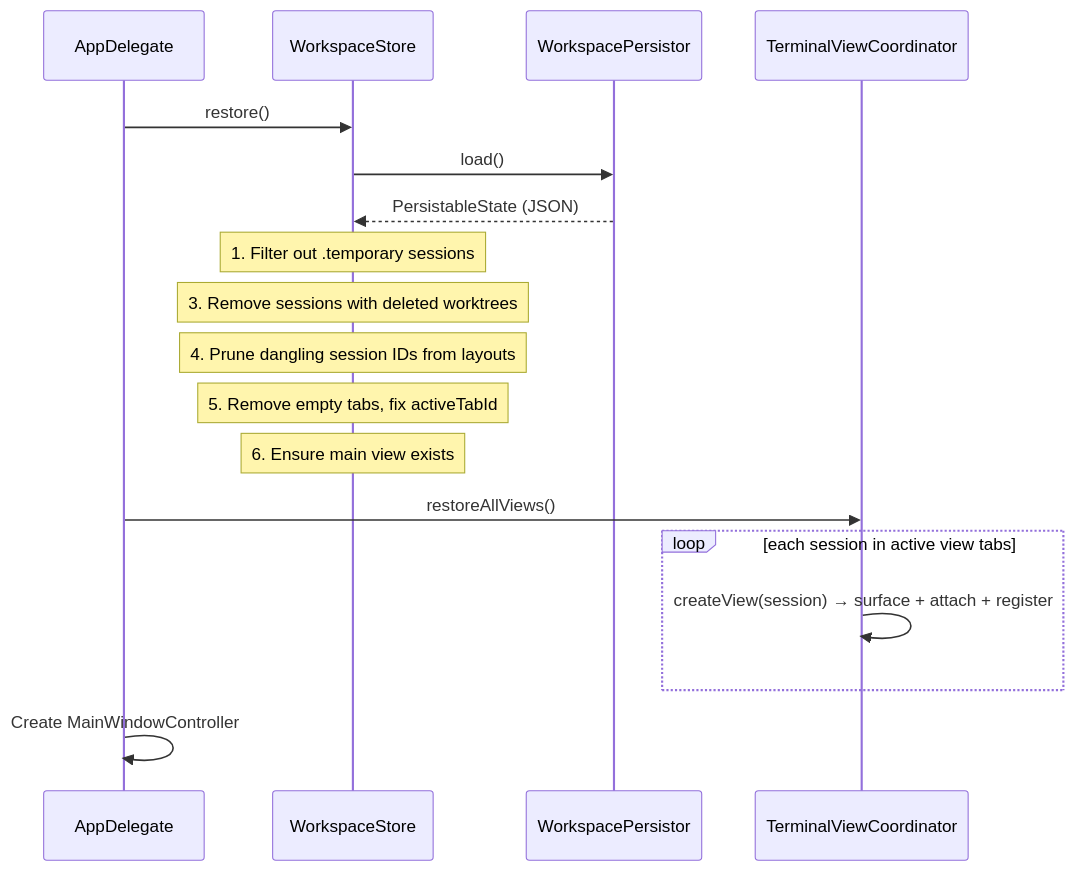
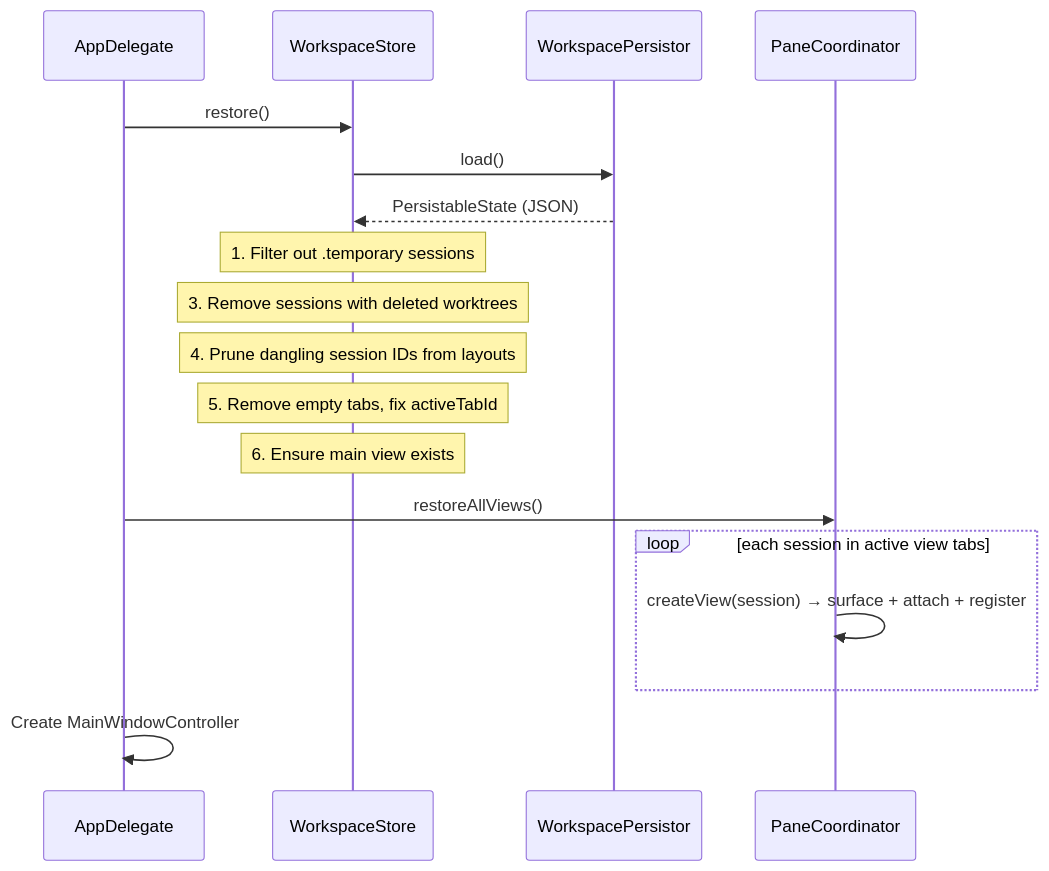
Before and after one commit to ShravanSunder/agentstudio: the fourth of 5 diagrams in docs/architecture/session_lifecycle.md, drawn with Mermaid. The commit also changed other lines of this file and 8 other files, not shown here.

````diff
--- a/docs/architecture/session_lifecycle.md
+++ b/docs/architecture/session_lifecycle.md
@@ -153,24 +153,24 @@
 ```mermaid
 sequenceDiagram
     participant AD as AppDelegate
     participant Store as WorkspaceStore
     participant P as WorkspacePersistor
-    participant Coord as TerminalViewCoordinator
+    participant Coord as PaneCoordinator
 
     AD->>Store: restore()
     Store->>P: load()
     P-->>Store: PersistableState (JSON)
 
     Note over Store: 1. Filter out .temporary sessions
     Note over Store: 3. Remove sessions with deleted worktrees
     Note over Store: 4. Prune dangling session IDs from layouts
     Note over Store: 5. Remove empty tabs, fix activeTabId
     Note over Store: 6. Ensure main view exists
 
     AD->>Coord: restoreAllViews()
     loop each session in active view tabs
         Coord->>Coord: createView(session) → surface + attach + register
     end
 
     AD->>AD: Create MainWindowController
 ```
````
